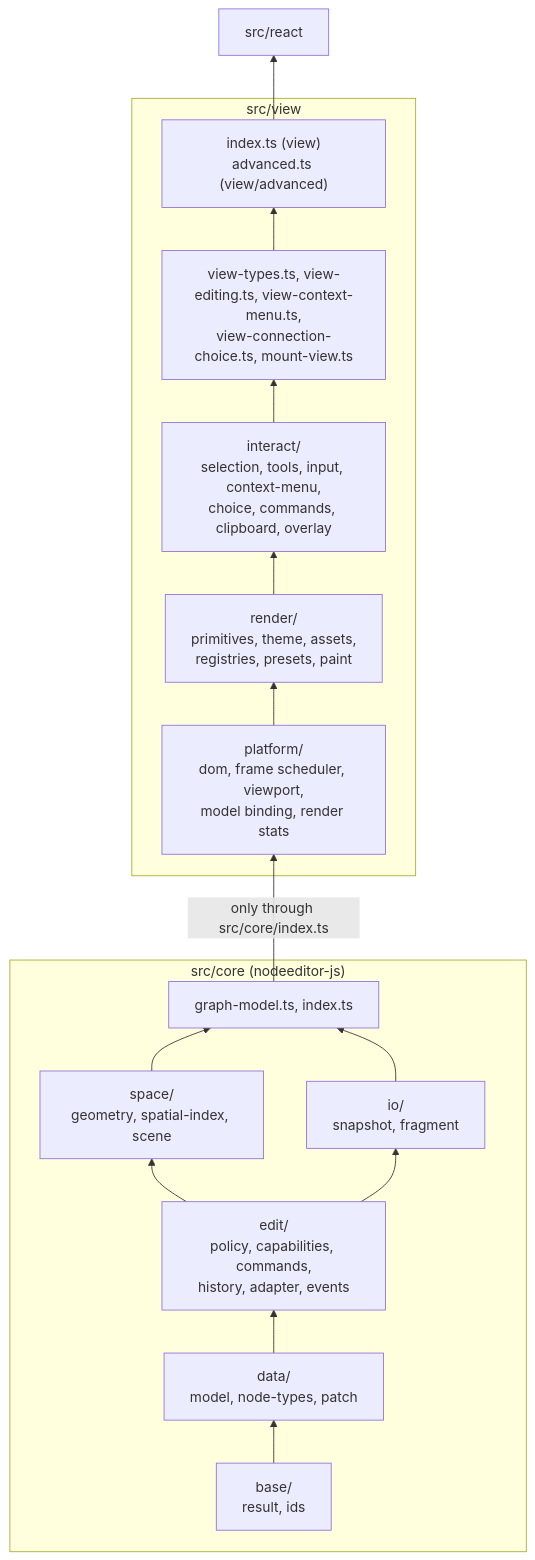
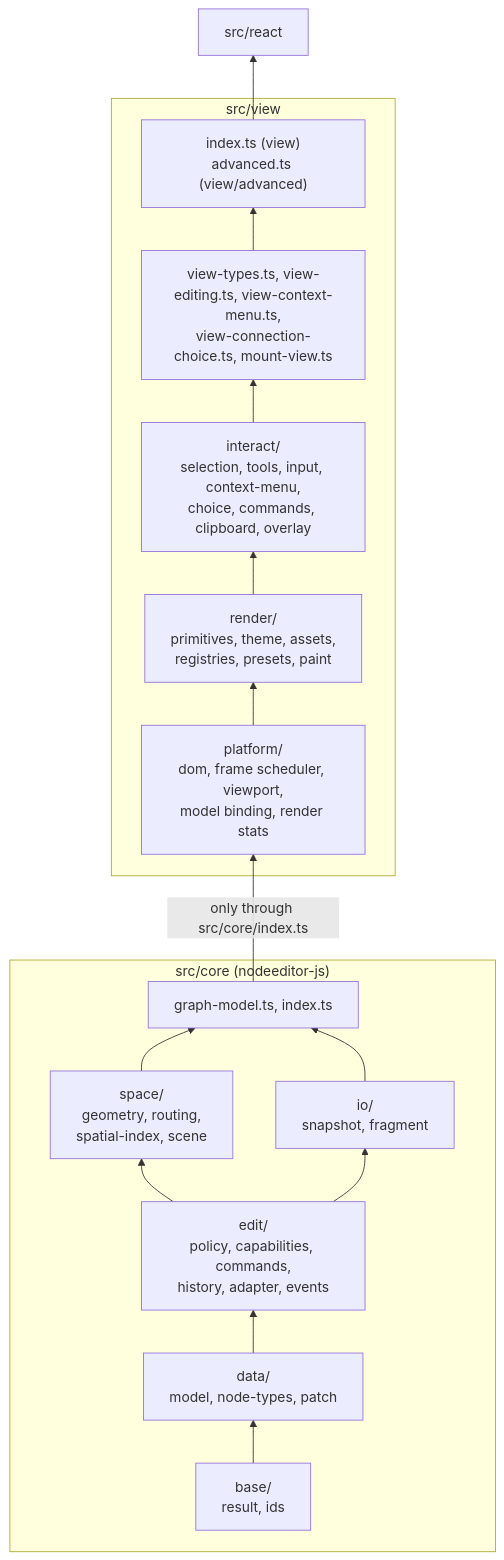
Before and after one commit to paceholder/nodeeditor-js: the ninth of 10 diagrams in docs/architecture.md, drawn with Mermaid. The commit also changed other lines of this file and 4 other files, not shown here.

````diff
--- a/docs/architecture.md
+++ b/docs/architecture.md
@@ -461,18 +479,18 @@
 ```mermaid
 flowchart BT
   subgraph core["src/core (nodeeditor-js)"]
     base["base/<br/>result, ids"] --> data["data/<br/>model, node-types, patch"]
     data --> edit["edit/<br/>policy, capabilities, commands,<br/>history, adapter, events"]
-    edit --> space["space/<br/>geometry, spatial-index, scene"]
+    edit --> space["space/<br/>geometry, routing,<br/>spatial-index, scene"]
     edit --> io["io/<br/>snapshot, fragment"]
     space & io --> facade["graph-model.ts, index.ts"]
   end
   subgraph view["src/view"]
     platform["platform/<br/>dom, frame scheduler, viewport,<br/>model binding, render stats"] --> render["render/<br/>primitives, theme, assets,<br/>registries, presets, paint"]
     render --> interact["interact/<br/>selection, tools, input, context-menu,<br/>choice, commands, clipboard, overlay"]
     interact --> mount["view-types.ts, view-editing.ts, view-context-menu.ts,<br/>view-connection-choice.ts, mount-view.ts"]
     mount --> entries["index.ts (view)<br/>advanced.ts (view/advanced)"]
   end
   facade -- "only through src/core/index.ts" --> platform
   entries --> react["src/react"]
 ```
````
